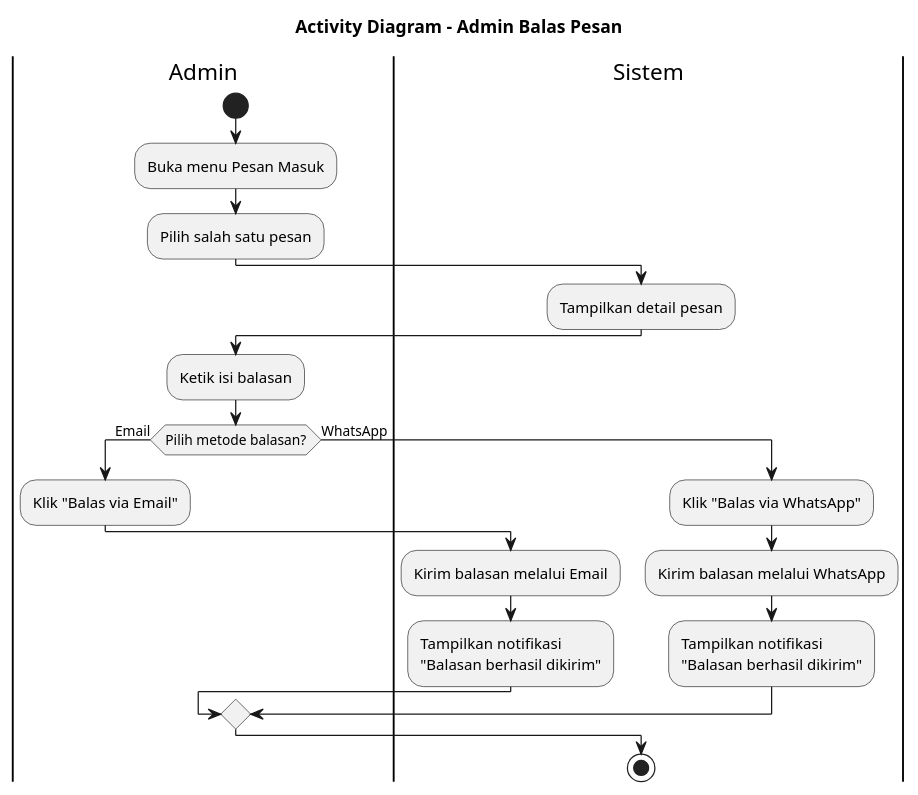
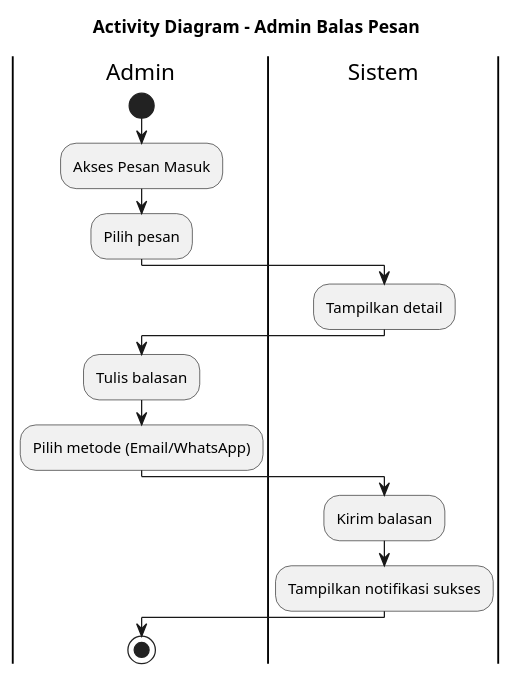
Before and after one commit to jaddu17/capstonepmikp: the diagram in diagram/activitydiagram_admin_balas_pesan.puml, drawn with PlantUML. The commit also changed 15 other files, not shown here.

Commit message:
activity diagram user

```diff
--- a/diagram/activitydiagram_admin_balas_pesan.puml
+++ b/diagram/activitydiagram_admin_balas_pesan.puml
@@ -1,37 +1,22 @@
 @startuml ACTIVITY_DIAGRAM_ADMIN_BALAS_PESAN
 title Activity Diagram - Admin Balas Pesan
 
 |Admin|
 start
-:Buka menu Pesan Masuk;
-:Pilih salah satu pesan;
+:Akses Pesan Masuk;
+:Pilih pesan;
 
 |Sistem|
-:Tampilkan detail pesan;
+:Tampilkan detail;
 
 |Admin|
-:Ketik isi balasan;
+:Tulis balasan;
+:Pilih metode (Email/WhatsApp);
 
-if (Pilih metode balasan?) then (Email)
+|Sistem|
+:Kirim balasan;
+:Tampilkan notifikasi sukses;
 
-    :Klik "Balas via Email";
-
-    |Sistem|
-    :Kirim balasan melalui Email;
-    :Tampilkan notifikasi
-    "Balasan berhasil dikirim";
-
-else (WhatsApp)
-
-    :Klik "Balas via WhatsApp";
-
-    |Sistem|
-    :Kirim balasan melalui WhatsApp;
-    :Tampilkan notifikasi
-    "Balasan berhasil dikirim";
-
-endif
-
-
+|Admin|
 stop
 @enduml
```
